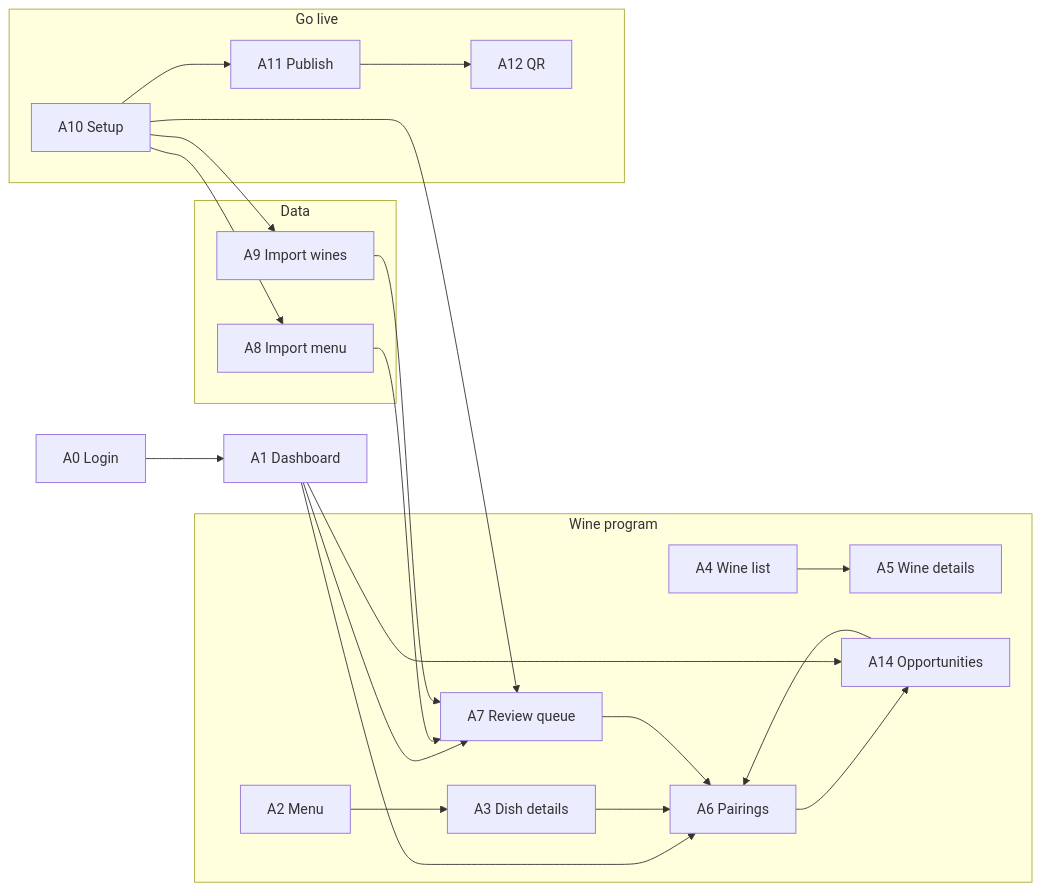
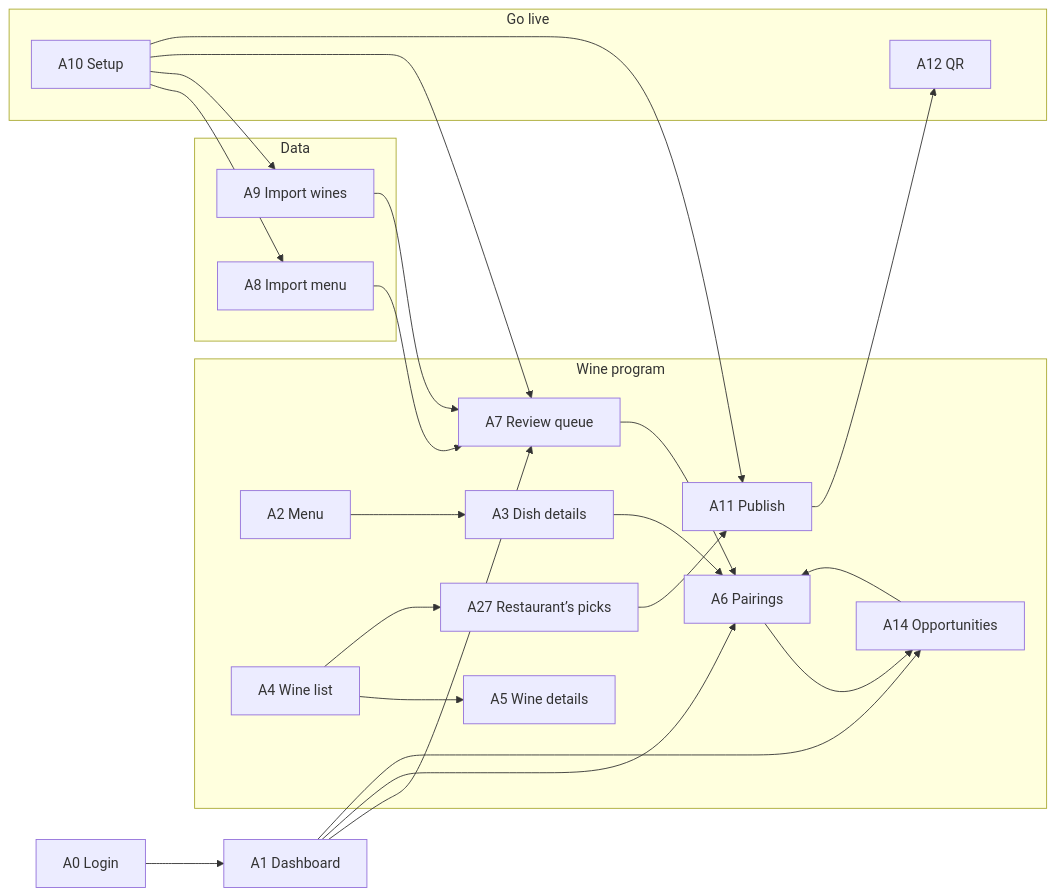
One commit to NiedzielX/wine changed the second of 2 diagrams in docs/SCREEN_MAP.md. Above: the diagram before and after it, drawn with Mermaid. The commit also changed other lines of this file and 4 other files, not shown here.

First line of the commit message:
docs: screen A27 restaurant's picks, marks in A4, A5, A6, A11, roles, changelog and threat model

````diff
--- a/docs/SCREEN_MAP.md
+++ b/docs/SCREEN_MAP.md
@@ -89,24 +90,26 @@
 ```mermaid
 flowchart LR
   A0[A0 Login] --> A1[A1 Dashboard]
   A1 --> A7
   A1 --> A6
   subgraph Wine program
     A2[A2 Menu] --> A3[A3 Dish details] --> A6[A6 Pairings]
     A4[A4 Wine list] --> A5[A5 Wine details]
     A7[A7 Review queue] --> A6
     A14[A14 Opportunities] --> A6
     A6 --> A14
+    A27[A27 Restaurant’s picks] --> A11
+    A4 --> A27
   end
   A1 --> A14
   subgraph Data
     A8[A8 Import menu]
     A9[A9 Import wines]
   end
   subgraph Go live
     A10[A10 Setup] --> A8 & A9 & A7 & A11
     A11[A11 Publish] --> A12[A12 QR]
   end
   A8 --> A7
   A9 --> A7
 ```
````
